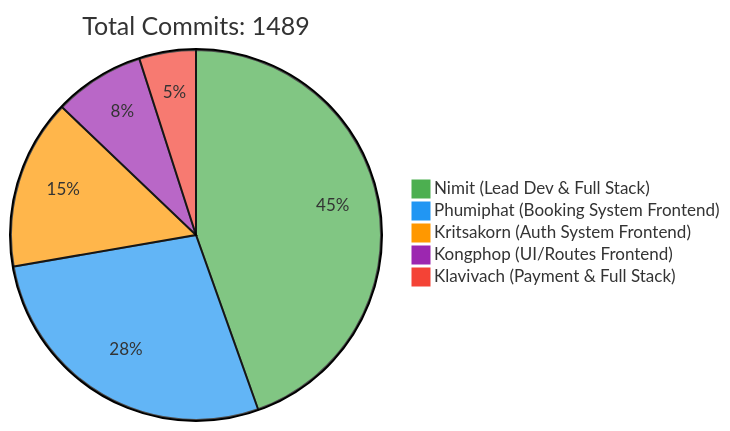
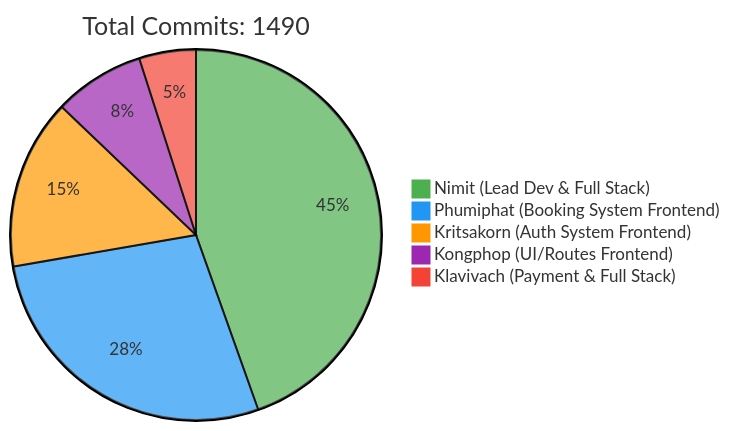
Before and after one commit to 6531503042/Sport-Complex: the first of 2 diagrams in README.md, drawn with Mermaid. The commit also changed other lines of this file, not shown here.

Commit message:
docs: Update contributor statistics [skip ci]

````diff
--- a/README.md
+++ b/README.md
@@ -257,10 +257,10 @@
 ```mermaid
 %%{init: {'theme': 'base', 'themeVariables': { 'pie1': '#4CAF50', 'pie2': '#2196F3', 'pie3': '#FF9800', 'pie4': '#9C27B0', 'pie5': '#F44336'}}}%%
 pie
-    title Total Commits: 1489
+    title Total Commits: 1490
     "Nimit (Lead Dev & Full Stack)" : 450
     "Phumiphat (Booking System Frontend)" : 280
     "Kritsakorn (Auth System Frontend)" : 150
     "Kongphop (UI/Routes Frontend)" : 80
     "Klavivach (Payment & Full Stack)" : 50
 ```
````
